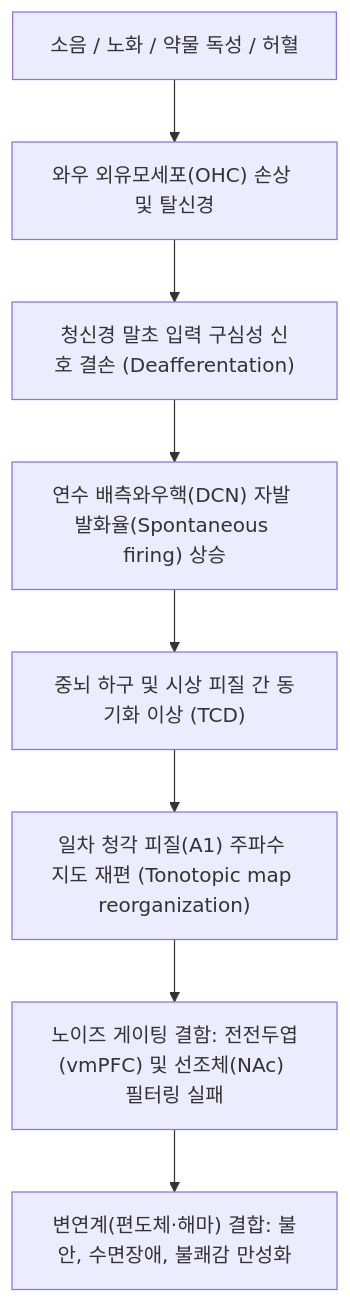
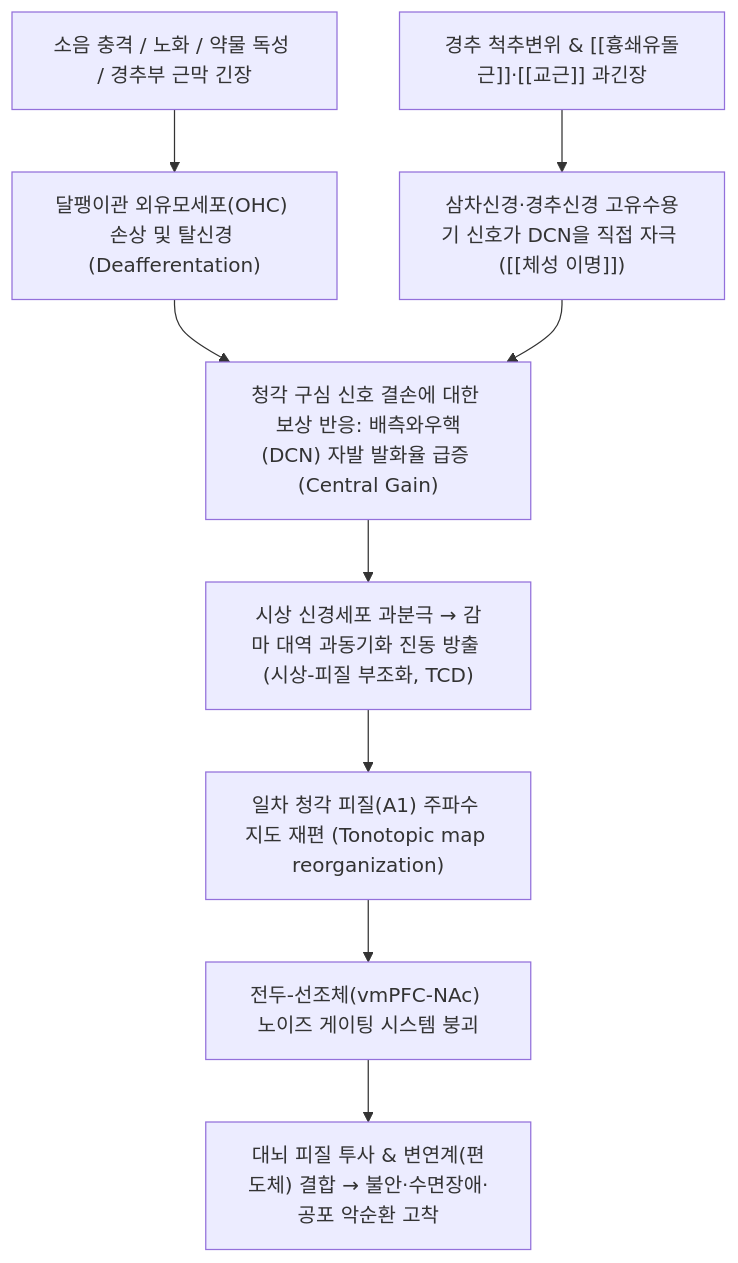
The diagram in content/3. 이론 공부/질환/이비인후·안과 질환/이명.md (simbio11/simbio-digital-garden2), drawn with Mermaid before and after one commit. The commit also changed other lines of this file and 958 other files, not shown here.

````diff
--- a/content/3. 이론 공부/질환/이비인후·안과 질환/이명.md
+++ b/content/3. 이론 공부/질환/이비인후·안과 질환/이명.md
@@ -51,10 +60,14 @@
 ```mermaid
 graph TD
-    A["소음 / 노화 / 약물 독성 / 허혈"] --> B["와우 외유모세포(OHC) 손상 및 탈신경"]
-    B --> C["청신경 말초 입력 구심성 신호 결손 (Deafferentation)"]
-    C --> D["연수 배측와우핵(DCN) 자발 발화율(Spontaneous firing) 상승"]
-    D --> E["중뇌 하구 및 시상 피질 간 동기화 이상 (TCD)"]
-    E --> F["일차 청각 피질(A1) 주파수 지도 재편 (Tonotopic map reorganization)"]
-    F --> G["노이즈 게이팅 결함: 전전두엽(vmPFC) 및 선조체(NAc) 필터링 실패"]
-    G --> H["변연계(편도체·해마) 결합: 불안, 수면장애, 불쾌감 만성화"]
+    Cause["소음 충격 / 노화 / 약물 독성 / 경추부 근막 긴장"] --> OHCDamage["달팽이관 외유모세포(OHC) 손상 및 탈신경 (Deafferentation)"]
+    OHCDamage --> CentralGain["청각 구심 신호 결손에 대한 보상 반응: 배측와우핵(DCN) 자발 발화율 급증 (Central Gain)"]
+    
+    CentralGain --> TCD["시상 신경세포 과분극 → 감마 대역 과동기화 진동 방출 (시상-피질 부조화, TCD)"]
+    TCD --> CortexReorg["일차 청각 피질(A1) 주파수 지도 재편 (Tonotopic map reorganization)"]
+    
+    CortexReorg --> GatingDefect["전두-선조체(vmPFC-NAc) 노이즈 게이팅 시스템 붕괴"]
+    GatingDefect --> LimbicLock["대뇌 피질 투사 & 변연계(편도체) 결합 → 불안·수면장애·공포 악순환 고착"]
+    
+    NeckTrigger["경추 척추변위 & [[흉쇄유돌근]]·[[교근]] 과긴장"] --> Somatosensory["삼차신경·경추신경 고유수용기 신호가 DCN을 직접 자극 ([[체성 이명]])"]
+    Somatosensory --> CentralGain
 ```
````
